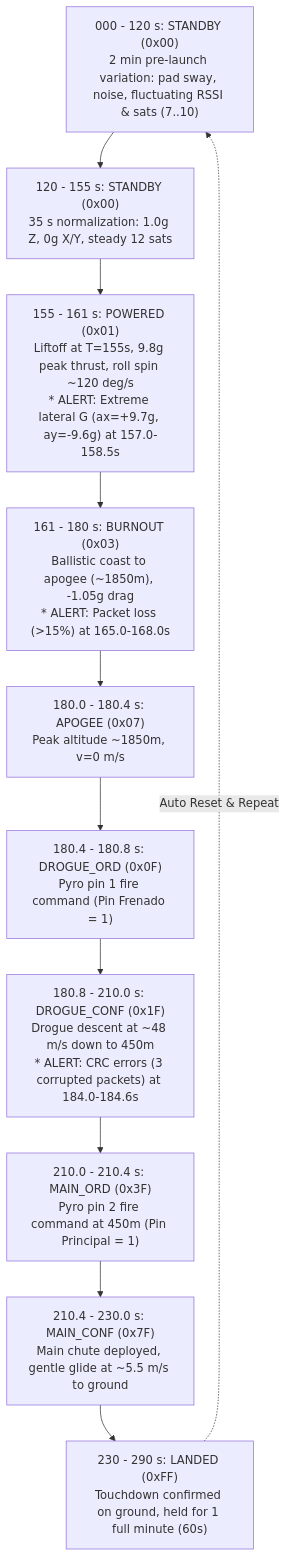
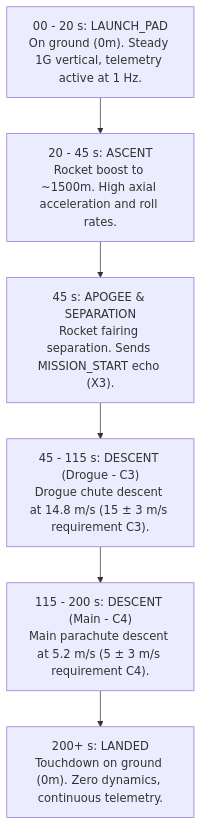
The diagram in arduino/telemetry_simulator/README.md (Invenciones-Espaciales/estacion-terrena-cansat), drawn with Mermaid before and after one commit. The commit also changed other lines of this file and 18 other files, not shown here.

````diff
--- a/arduino/telemetry_simulator/README.md
+++ b/arduino/telemetry_simulator/README.md
@@ -32,13 +33,8 @@
 ```mermaid
 flowchart TD
-    P1["000 - 120 s: STANDBY (0x00)\n2 min pre-launch variation: pad sway, noise, fluctuating RSSI & sats (7..10)"] --> P2["120 - 155 s: STANDBY (0x00)\n35 s normalization: 1.0g Z, 0g X/Y, steady 12 sats"]
-    P2 --> P3["155 - 161 s: POWERED (0x01)\nLiftoff at T=155s, 9.8g peak thrust, roll spin ~120 deg/s\n* ALERT: Extreme lateral G (ax=+9.7g, ay=-9.6g) at 157.0-158.5s"]
-    P3 --> P4["161 - 180 s: BURNOUT (0x03)\nBallistic coast to apogee (~1850m), -1.05g drag\n* ALERT: Packet loss (>15%) at 165.0-168.0s"]
-    P4 --> P5["180.0 - 180.4 s: APOGEE (0x07)\nPeak altitude ~1850m, v=0 m/s"]
-    P5 --> P6["180.4 - 180.8 s: DROGUE_ORD (0x0F)\nPyro pin 1 fire command (Pin Frenado = 1)"]
-    P6 --> P7["180.8 - 210.0 s: DROGUE_CONF (0x1F)\nDrogue descent at ~48 m/s down to 450m\n* ALERT: CRC errors (3 corrupted packets) at 184.0-184.6s"]
-    P7 --> P8["210.0 - 210.4 s: MAIN_ORD (0x3F)\nPyro pin 2 fire command at 450m (Pin Principal = 1)"]
-    P8 --> P9["210.4 - 230.0 s: MAIN_CONF (0x7F)\nMain chute deployed, gentle glide at ~5.5 m/s to ground"]
-    P9 --> P10["230 - 290 s: LANDED (0xFF)\nTouchdown confirmed on ground, held for 1 full minute (60s)"]
-    P10 -. Auto Reset & Repeat .-> P1
+    P1["00 - 20 s: LAUNCH_PAD\nOn ground (0m). Steady 1G vertical, telemetry active at 1 Hz."] --> P2["20 - 45 s: ASCENT\nRocket boost to ~1500m. High axial acceleration and roll rates."]
+    P2 --> P3["45 s: APOGEE & SEPARATION\nRocket fairing separation. Sends MISSION_START echo (X3)."]
+    P3 --> P4["45 - 115 s: DESCENT (Drogue - C3)\nDrogue chute descent at 14.8 m/s (15 ± 3 m/s requirement C3)."]
+    P4 --> P5["115 - 200 s: DESCENT (Main - C4)\nMain parachute descent at 5.2 m/s (5 ± 3 m/s requirement C4)."]
+    P5 --> P6["200+ s: LANDED\nTouchdown on ground (0m). Zero dynamics, continuous telemetry."]
 ```
````
